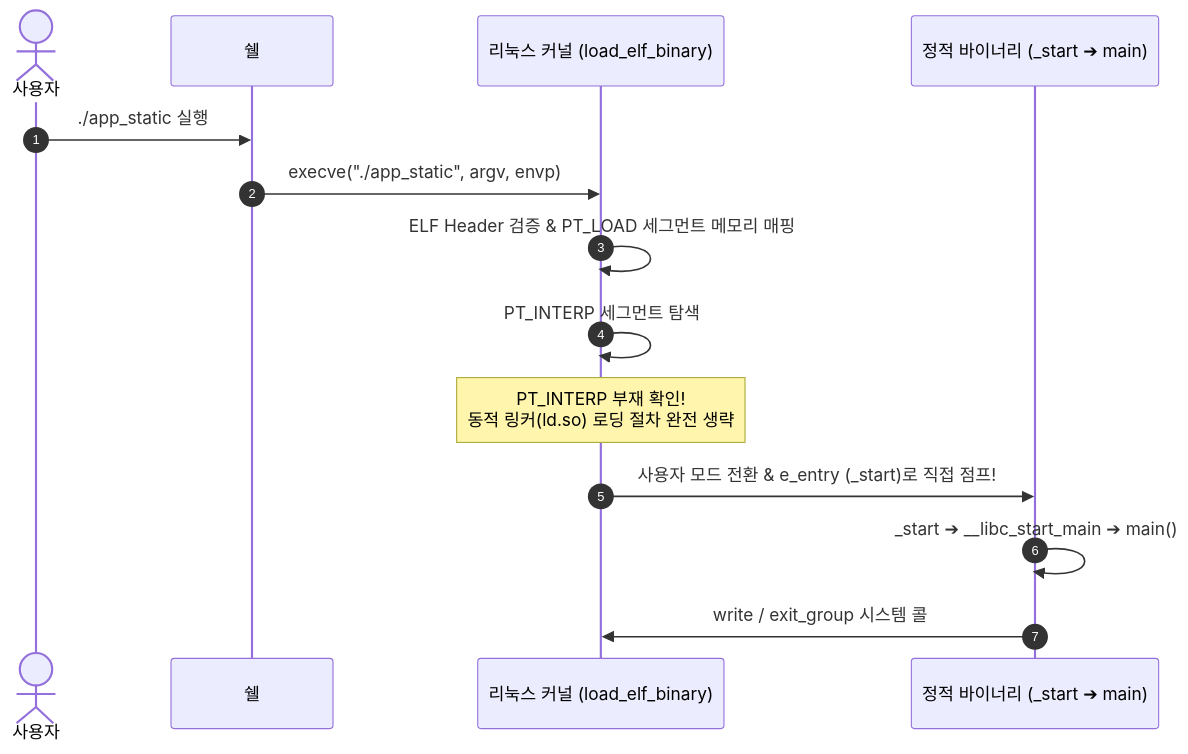
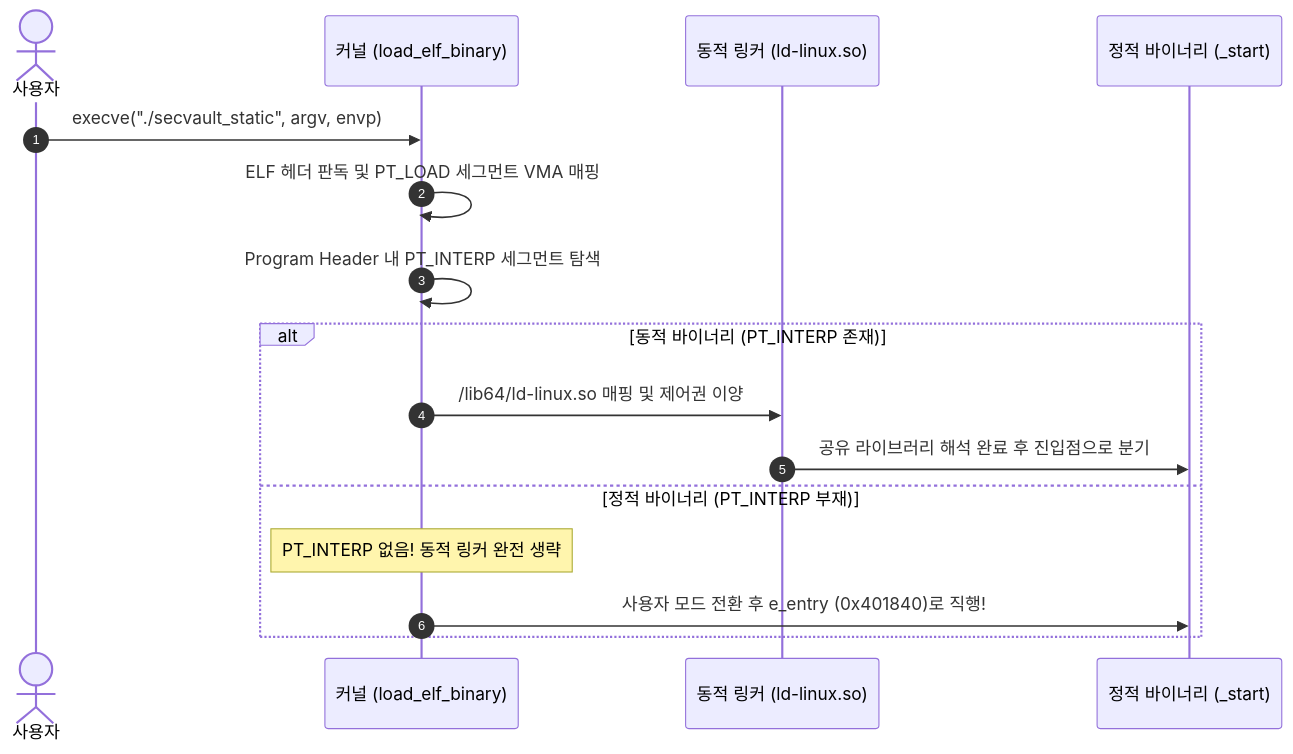
The diagram in docs/ko/principles/08-static-linking-and-loading.md (auking45/linux-kernel-hardening-lab), drawn with Mermaid before and after one commit. The commit also changed other lines of this file and 44 other files, not shown here.

````diff
--- a/docs/ko/principles/08-static-linking-and-loading.md
+++ b/docs/ko/principles/08-static-linking-and-loading.md
@@ -45,17 +64,19 @@
 ```mermaid
 sequenceDiagram
     autonumber
     actor User as 사용자
-    participant Shell as 쉘
-    participant Kernel as 리눅스 커널 (load_elf_binary)
-    participant Binary as 정적 바이너리 (_start ➔ main)
+    participant Kernel as 커널 (load_elf_binary)
+    participant Loader as 동적 링커 (ld-linux.so)
+    participant Binary as 정적 바이너리 (_start)
 
-    User->>Shell: ./app_static 실행
-    Shell->>Kernel: execve("./app_static", argv, envp)
-    Kernel->>Kernel: ELF Header 검증 & PT_LOAD 세그먼트 메모리 매핑
-    Kernel->>Kernel: PT_INTERP 세그먼트 탐색
-    Note over Kernel: PT_INTERP 부재 확인!<br/>동적 링커(ld.so) 로딩 절차 완전 생략
-    Kernel->>Binary: 사용자 모드 전환 & e_entry (_start)로 직접 점프!
-    Binary->>Binary: _start ➔ __libc_start_main ➔ main()
-    Binary->>Kernel: write / exit_group 시스템 콜
+    User->>Kernel: execve("./secvault_static", argv, envp)
+    Kernel->>Kernel: ELF 헤더 판독 및 PT_LOAD 세그먼트 VMA 매핑
+    Kernel->>Kernel: Program Header 내 PT_INTERP 세그먼트 탐색
+    alt 동적 바이너리 (PT_INTERP 존재)
+        Kernel->>Loader: /lib64/ld-linux.so 매핑 및 제어권 이양
+        Loader->>Binary: 공유 라이브러리 해석 완료 후 진입점으로 분기
+    else 정적 바이너리 (PT_INTERP 부재)
+        Note over Kernel: PT_INTERP 없음! 동적 링커 완전 생략
+        Kernel->>Binary: 사용자 모드 전환 후 e_entry (0x401840)로 직행!
+    end
 ```
````
